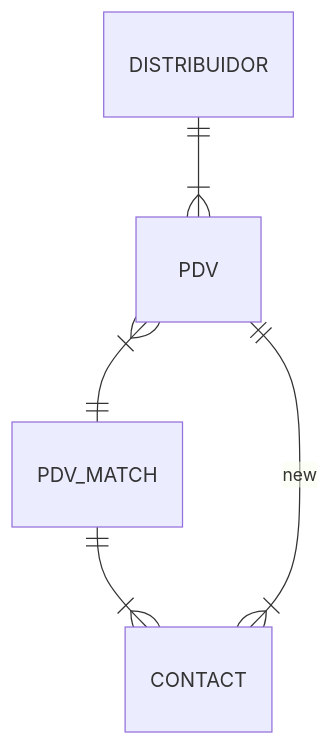
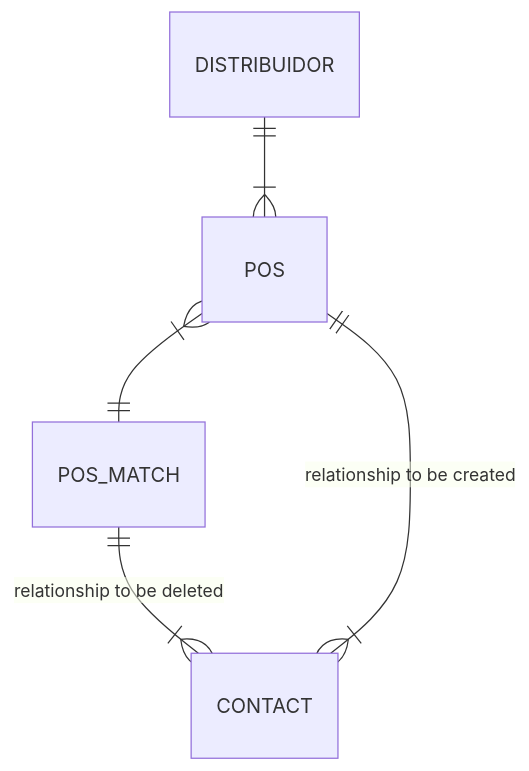
The second of 2 diagrams in content/general/datamodel.md (00spoiler00/documentation), drawn with Mermaid before and after one commit. The commit also changed other lines of this file and 1 other file, not shown here.

````diff
--- a/content/general/datamodel.md
+++ b/content/general/datamodel.md
@@ -7,9 +26,8 @@
 ```mermaid
 
 erDiagram
-    DISTRIBUIDOR ||--|{ PDV : ""
-    PDV }|--|| PDV_MATCH : ""
-    PDV_MATCH ||--|{ CONTACT : ""
-    PDV ||--|{ CONTACT : "new"
-
+    DISTRIBUIDOR ||--|{ POS : ""
+    POS }|--|| POS_MATCH : ""
+    POS_MATCH ||--|{ CONTACT : "relationship to be deleted"
+    POS ||--|{ CONTACT : "relationship to be created"
 ```
````
